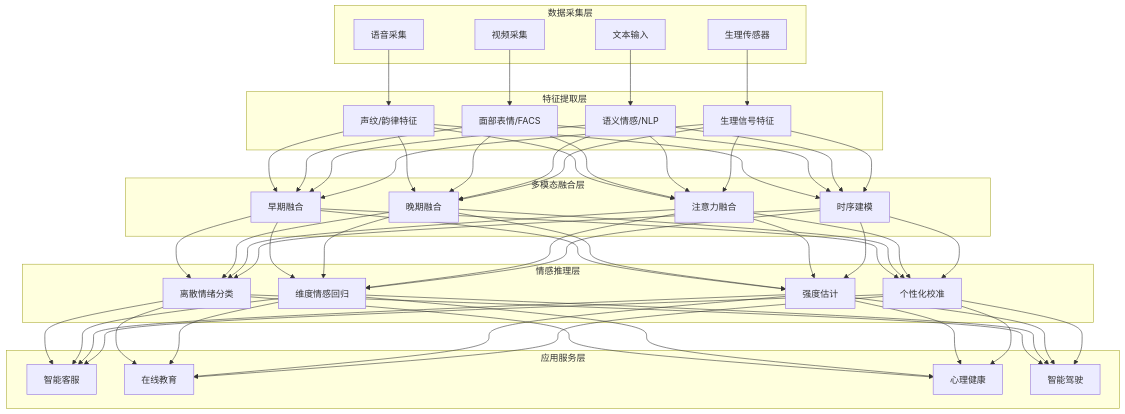
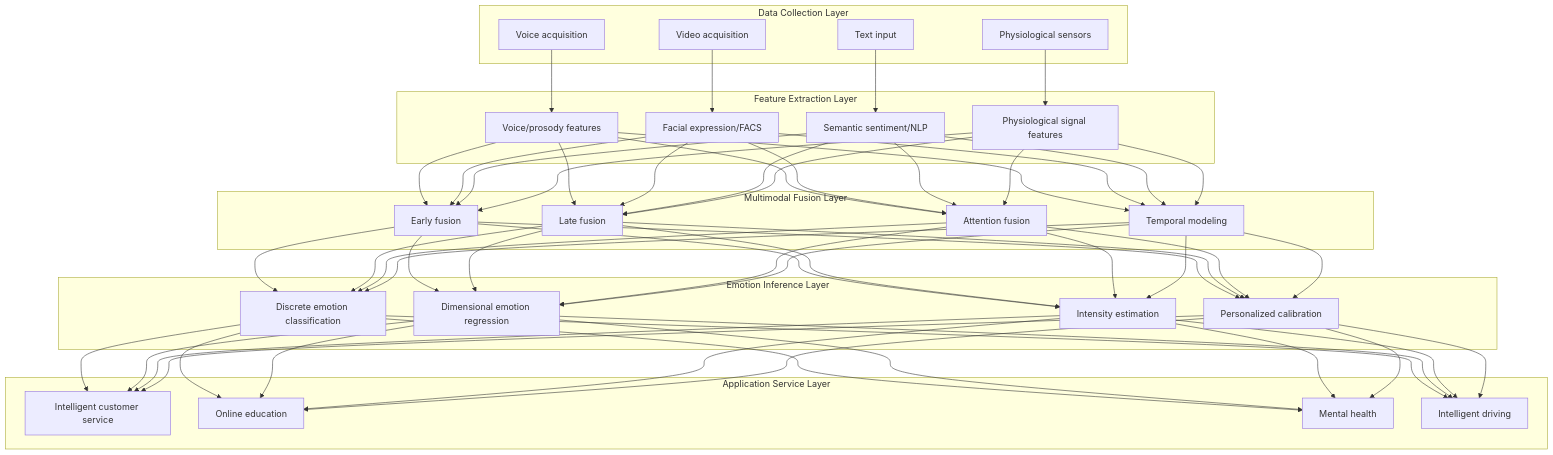
The first of 3 diagrams in tree/application/architecture/affective-computing.md (teaglebuilt/knowledge-tree), drawn with Mermaid before and after one commit. The commit also changed other lines of this file and 16 other files, not shown here.

````diff
--- a/tree/application/architecture/affective-computing.md
+++ b/tree/application/architecture/affective-computing.md
@@ -170,45 +170,45 @@
 ```mermaid
 graph TB
-    subgraph 数据采集层
-        D1[语音采集]
-        D2[视频采集]
-        D3[文本输入]
-        D4[生理传感器]
+    subgraph Data Collection Layer
+        D1[Voice acquisition]
+        D2[Video acquisition]
+        D3[Text input]
+        D4[Physiological sensors]
     end
 
-    subgraph 特征提取层
-        F1[声纹/韵律特征]
-        F2[面部表情/FACS]
-        F3[语义情感/NLP]
-        F4[生理信号特征]
+    subgraph Feature Extraction Layer
+        F1[Voice/prosody features]
+        F2[Facial expression/FACS]
+        F3[Semantic sentiment/NLP]
+        F4[Physiological signal features]
     end
 
-    subgraph 多模态融合层
-        E1[早期融合]
-        E2[晚期融合]
-        E3[注意力融合]
-        E4[时序建模]
+    subgraph Multimodal Fusion Layer
+        E1[Early fusion]
+        E2[Late fusion]
+        E3[Attention fusion]
+        E4[Temporal modeling]
     end
 
-    subgraph 情感推理层
-        R1[离散情绪分类]
-        R2[维度情感回归]
-        R3[强度估计]
-        R4[个性化校准]
+    subgraph Emotion Inference Layer
+        R1[Discrete emotion classification]
+        R2[Dimensional emotion regression]
+        R3[Intensity estimation]
+        R4[Personalized calibration]
     end
 
-    subgraph 应用服务层
-        A1[智能客服]
-        A2[在线教育]
-        A3[心理健康]
-        A4[智能驾驶]
+    subgraph Application Service Layer
+        A1[Intelligent customer service]
+        A2[Online education]
+        A3[Mental health]
+        A4[Intelligent driving]
     end
 
     D1 --> F1
     D2 --> F2
     D3 --> F3
     D4 --> F4
     F1 & F2 & F3 & F4 --> E1 & E2 & E3 & E4
     E1 & E2 & E3 & E4 --> R1 & R2 & R3 & R4
     R1 & R2 & R3 & R4 --> A1 & A2 & A3 & A4
 ```
````
